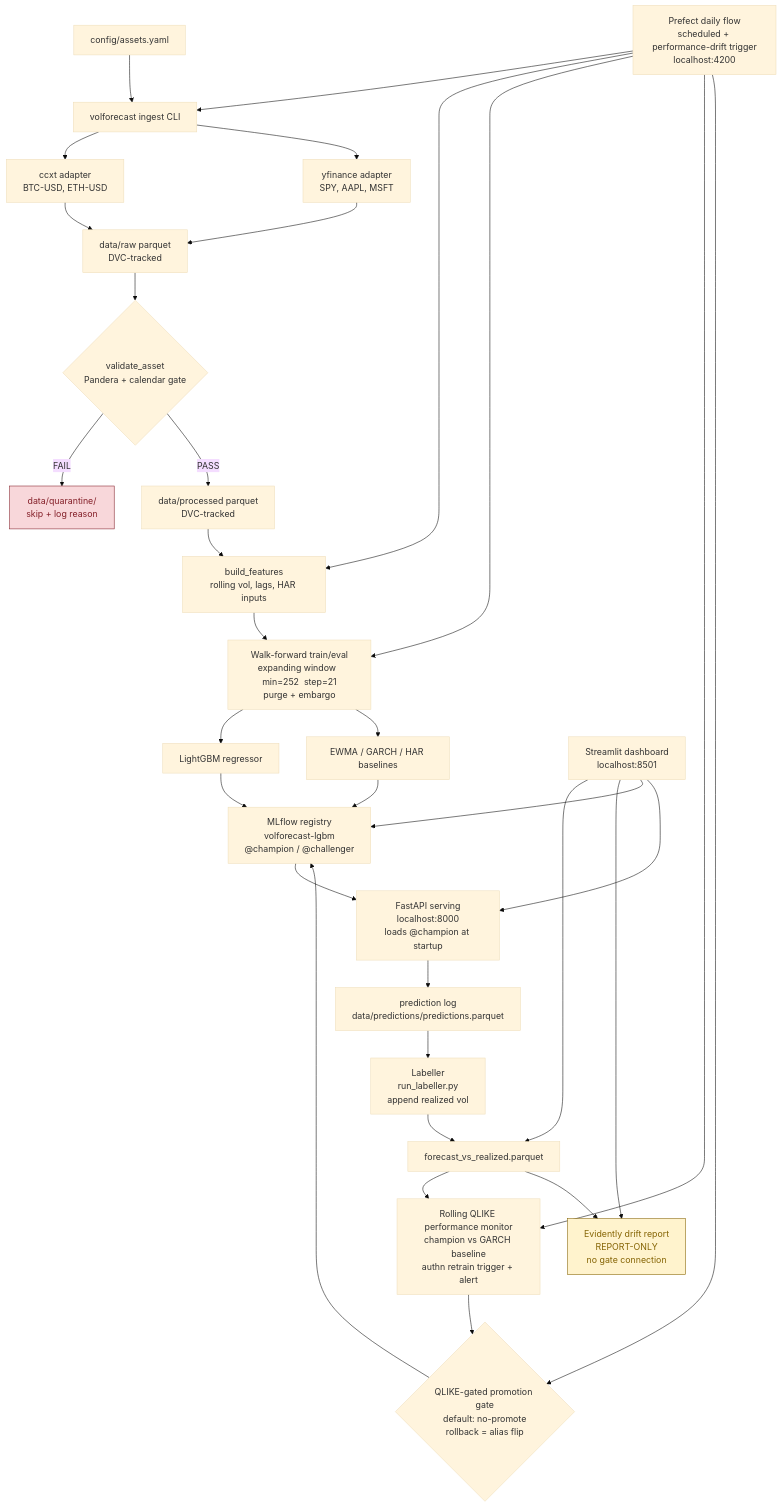
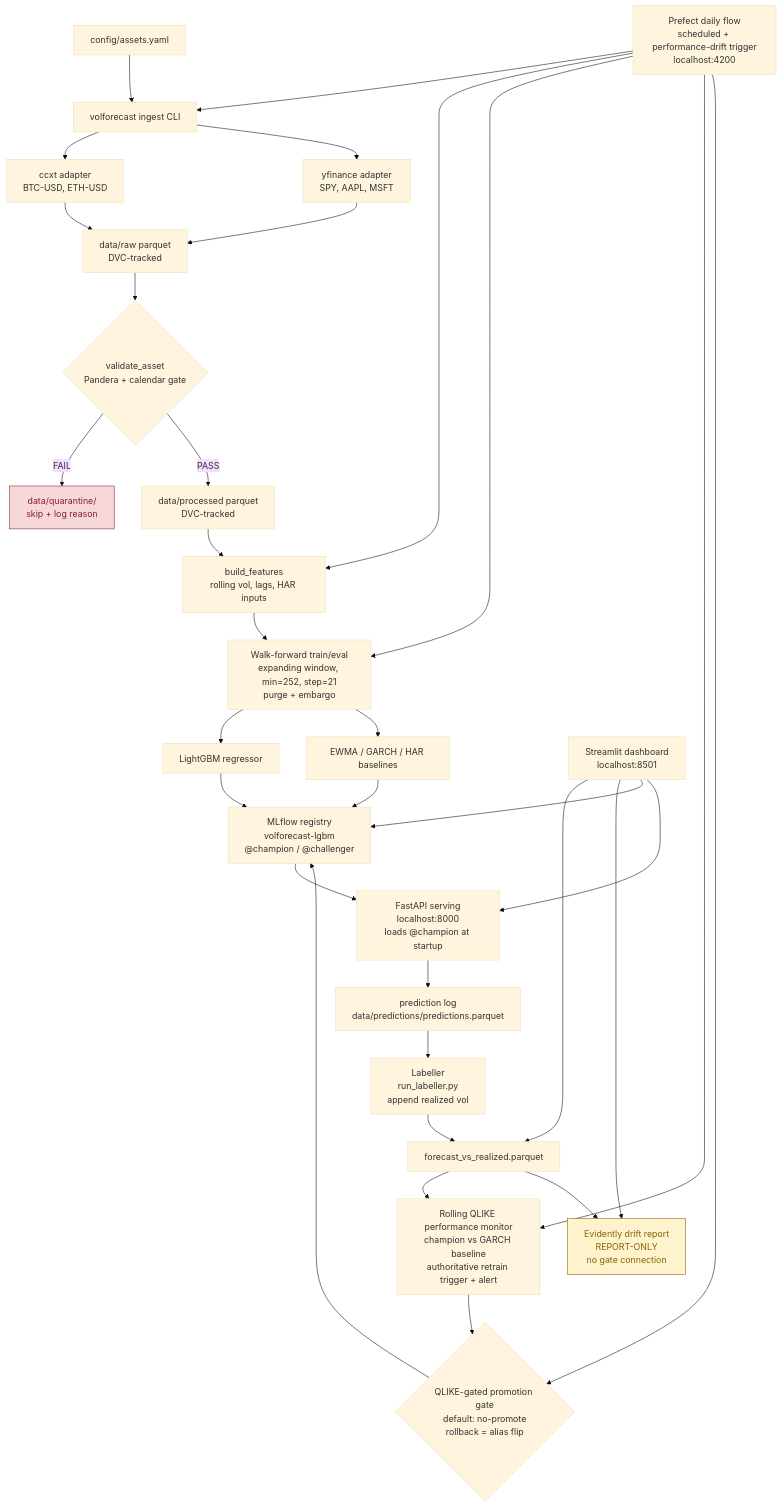
Before and after one commit to ChinmayGit8765/VolatilityModel: the second of 2 diagrams in README.md, drawn with Mermaid (base theme). The commit also changed other lines of this file and 4 other files, not shown here.

First line of the commit message:
docs: visual README — banner, screenshots, diagrams

````diff
--- a/README.md
+++ b/README.md
@@ -17,37 +182,37 @@
 ```mermaid
 flowchart TD
-    A[config/assets.yaml] --> B[volforecast ingest CLI]
-    B --> C[ccxt adapter\nBTC-USD, ETH-USD]
-    B --> D[yfinance adapter\nSPY, AAPL, MSFT]
-    C --> E[data/raw parquet\nDVC-tracked]
+    A["config/assets.yaml"] --> B["volforecast ingest CLI"]
+    B --> C["ccxt adapter<br/>BTC-USD, ETH-USD"]
+    B --> D["yfinance adapter<br/>SPY, AAPL, MSFT"]
+    C --> E["data/raw parquet<br/>DVC-tracked"]
     D --> E
-    E --> F{validate_asset\nPandera + calendar gate}
-    F -- FAIL --> G[data/quarantine/\nskip + log reason]
-    F -- PASS --> H[data/processed parquet\nDVC-tracked]
-    H --> I[build_features\nrolling vol, lags, HAR inputs]
-    I --> J[Walk-forward train/eval\nexpanding window  min=252  step=21\npurge + embargo]
-    J --> K[LightGBM regressor]
-    J --> L[EWMA / GARCH / HAR baselines]
-    K --> M[MLflow registry\nvolforecast-lgbm\n@champion / @challenger]
+    E --> F{"validate_asset<br/>Pandera + calendar gate"}
+    F -- FAIL --> G["data/quarantine/<br/>skip + log reason"]
+    F -- PASS --> H["data/processed parquet<br/>DVC-tracked"]
+    H --> I["build_features<br/>rolling vol, lags, HAR inputs"]
+    I --> J["Walk-forward train/eval<br/>expanding window, min=252, step=21<br/>purge + embargo"]
+    J --> K["LightGBM regressor"]
+    J --> L["EWMA / GARCH / HAR baselines"]
+    K --> M["MLflow registry<br/>volforecast-lgbm<br/>@champion / @challenger"]
     L --> M
-    M --> N[FastAPI serving\nlocalhost:8000\nloads @champion at startup]
-    N --> O[prediction log\ndata/predictions/predictions.parquet]
-    O --> P[Labeller\nrun_labeller.py\nappend realized vol]
-    P --> Q[forecast_vs_realized.parquet]
-    Q --> R[Rolling QLIKE performance monitor\nchampion vs GARCH baseline\nauthn retrain trigger + alert]
-    Q --> S[Evidently drift report\nREPORT-ONLY\nno gate connection]
-    R --> T{QLIKE-gated promotion gate\ndefault: no-promote\nrollback = alias flip}
+    M --> N["FastAPI serving<br/>localhost:8000<br/>loads @champion at startup"]
+    N --> O["prediction log<br/>data/predictions/predictions.parquet"]
+    O --> P["Labeller<br/>run_labeller.py<br/>append realized vol"]
+    P --> Q["forecast_vs_realized.parquet"]
+    Q --> R["Rolling QLIKE performance monitor<br/>champion vs GARCH baseline<br/>authoritative retrain trigger + alert"]
+    Q --> S["Evidently drift report<br/>REPORT-ONLY<br/>no gate connection"]
+    R --> T{"QLIKE-gated promotion gate<br/>default: no-promote<br/>rollback = alias flip"}
     T --> M
-    U[Prefect daily flow\nscheduled + performance-drift trigger\nlocalhost:4200] --> B
+    U["Prefect daily flow<br/>scheduled + performance-drift trigger<br/>localhost:4200"] --> B
     U --> I
     U --> J
     U --> R
     U --> T
-    V[Streamlit dashboard\nlocalhost:8501] --> Q
+    V["Streamlit dashboard<br/>localhost:8501"] --> Q
     V --> S
     V --> M
     V --> N
 
     style S fill:#fff3cd,stroke:#856404,color:#856404
     style G fill:#f8d7da,stroke:#842029,color:#842029
 ```
````
